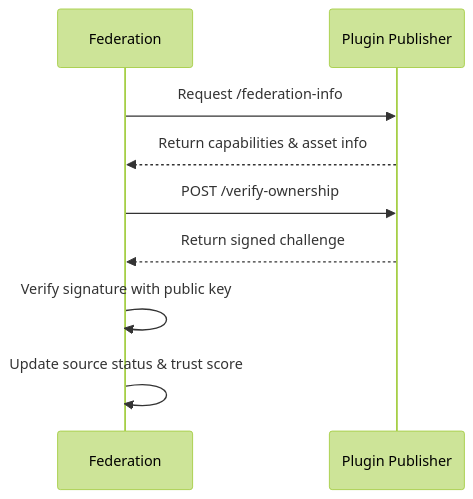
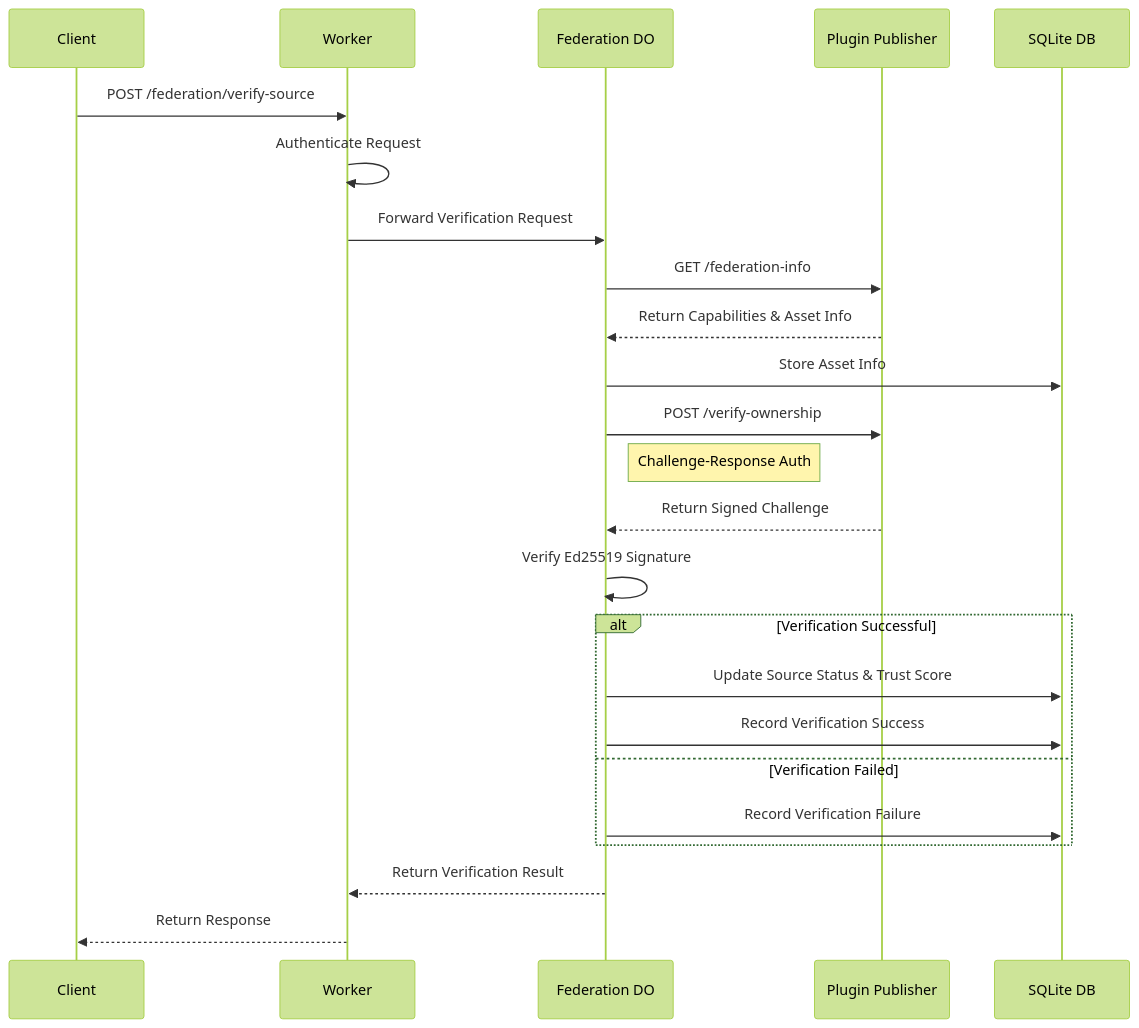
One commit to xpportal/Plugin-Federation-Network changed the second of 3 diagrams in README.md. Above: the diagram before and after it, drawn with Mermaid (forest theme). The commit also changed other lines of this file and 2 other files, not shown here.

Commit message:
fix activity strcuture and update diagrams to match as close as i can describe and aspire to

````diff
--- a/README.md
+++ b/README.md
@@ -100,9 +119,33 @@
 ```mermaid
 sequenceDiagram
-    Federation->>Plugin Publisher: Request /federation-info
-    Plugin Publisher-->>Federation: Return capabilities & asset info
-    Federation->>Plugin Publisher: POST /verify-ownership
-    Plugin Publisher-->>Federation: Return signed challenge
-    Federation->>Federation: Verify signature with public key
-    Federation->>Federation: Update source status & trust score
+    participant Client
+    participant Worker
+    participant DO as Federation DO
+    participant PP as Plugin Publisher
+    participant SQL as SQLite DB
+
+    Client->>Worker: POST /federation/verify-source
+    Worker->>Worker: Authenticate Request
+    Worker->>DO: Forward Verification Request
+    
+    DO->>PP: GET /federation-info
+    PP-->>DO: Return Capabilities & Asset Info
+    
+    DO->>SQL: Store Asset Info
+    
+    DO->>PP: POST /verify-ownership
+    Note right of DO: Challenge-Response Auth
+    PP-->>DO: Return Signed Challenge
+    
+    DO->>DO: Verify Ed25519 Signature
+    
+    alt Verification Successful
+        DO->>SQL: Update Source Status & Trust Score
+        DO->>SQL: Record Verification Success
+    else Verification Failed
+        DO->>SQL: Record Verification Failure
+    end
+    
+    DO-->>Worker: Return Verification Result
+    Worker-->>Client: Return Response
 ```
````
